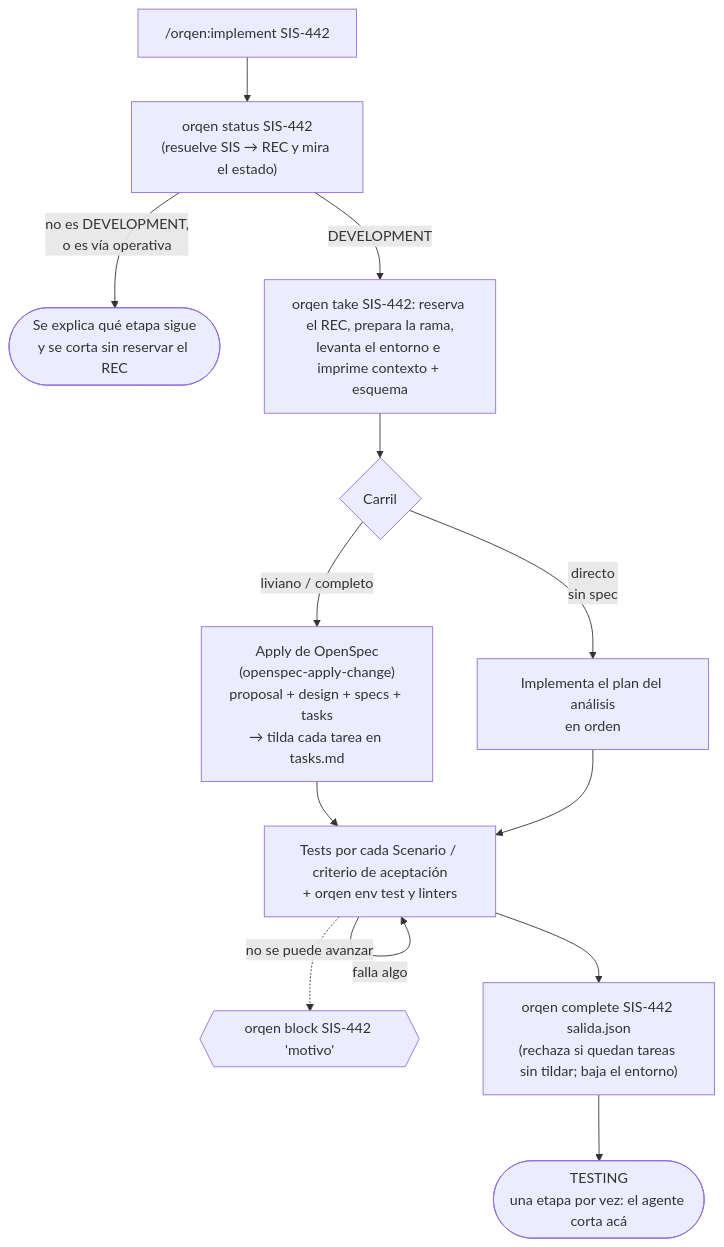
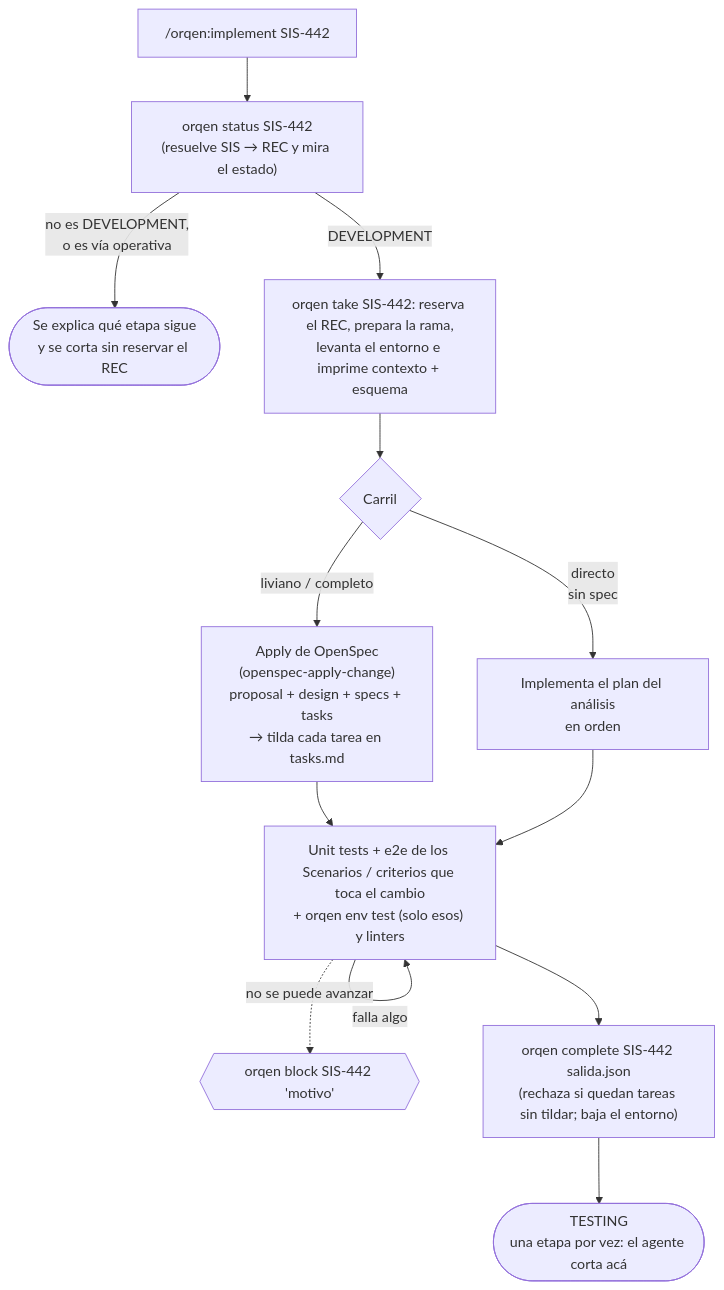
The third of 7 diagrams in README.md (sistemas-telpin/orqen), drawn with Mermaid before and after one commit. The commit also changed other lines of this file and 7 other files, not shown here.

First line of the commit message:
Alcance de tests por etapa: implement corre unit y e2e del cambio, TESTING todo

````diff
--- a/README.md
+++ b/README.md
@@ -158,15 +158,15 @@
 ```mermaid
 flowchart TD
     A["/orqen:implement SIS-442"] --> B["orqen status SIS-442<br/>(resuelve SIS → REC y mira el estado)"]
     B -->|"no es DEVELOPMENT,<br/>o es vía operativa"| X(["Se explica qué etapa sigue<br/>y se corta sin reservar el REC"])
     B -->|"DEVELOPMENT"| C["orqen take SIS-442: reserva el REC, prepara la rama,<br/>levanta el entorno e imprime contexto + esquema"]
     C --> D{"Carril"}
     D -->|"liviano / completo"| E["Apply de OpenSpec<br/>(openspec-apply-change)<br/>proposal + design + specs + tasks<br/>→ tilda cada tarea en tasks.md"]
     D -->|"directo<br/>sin spec"| F["Implementa el plan del análisis<br/>en orden"]
     E --> G
-    F --> G["Tests por cada Scenario / criterio de aceptación<br/>+ orqen env test y linters"]
+    F --> G["Unit tests + e2e de los Scenarios / criterios que toca el cambio<br/>+ orqen env test (solo esos) y linters"]
     G -->|"falla algo"| G
     G --> H["orqen complete SIS-442 salida.json<br/>(rechaza si quedan tareas sin tildar; baja el entorno)"]
     H --> I(["TESTING<br/>una etapa por vez: el agente corta acá"])
     G -.->|"no se puede avanzar"| Z{{"orqen block SIS-442 'motivo'"}}
 ```
````
